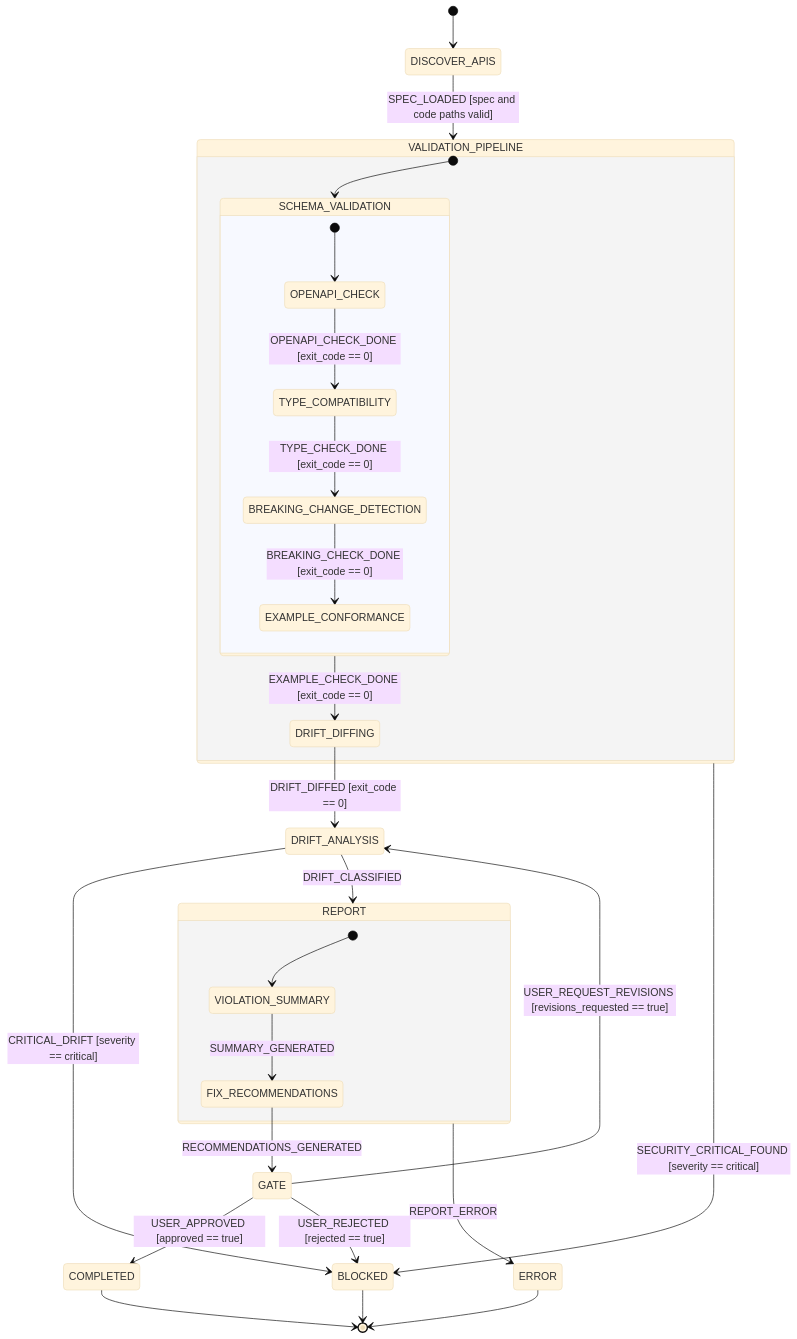
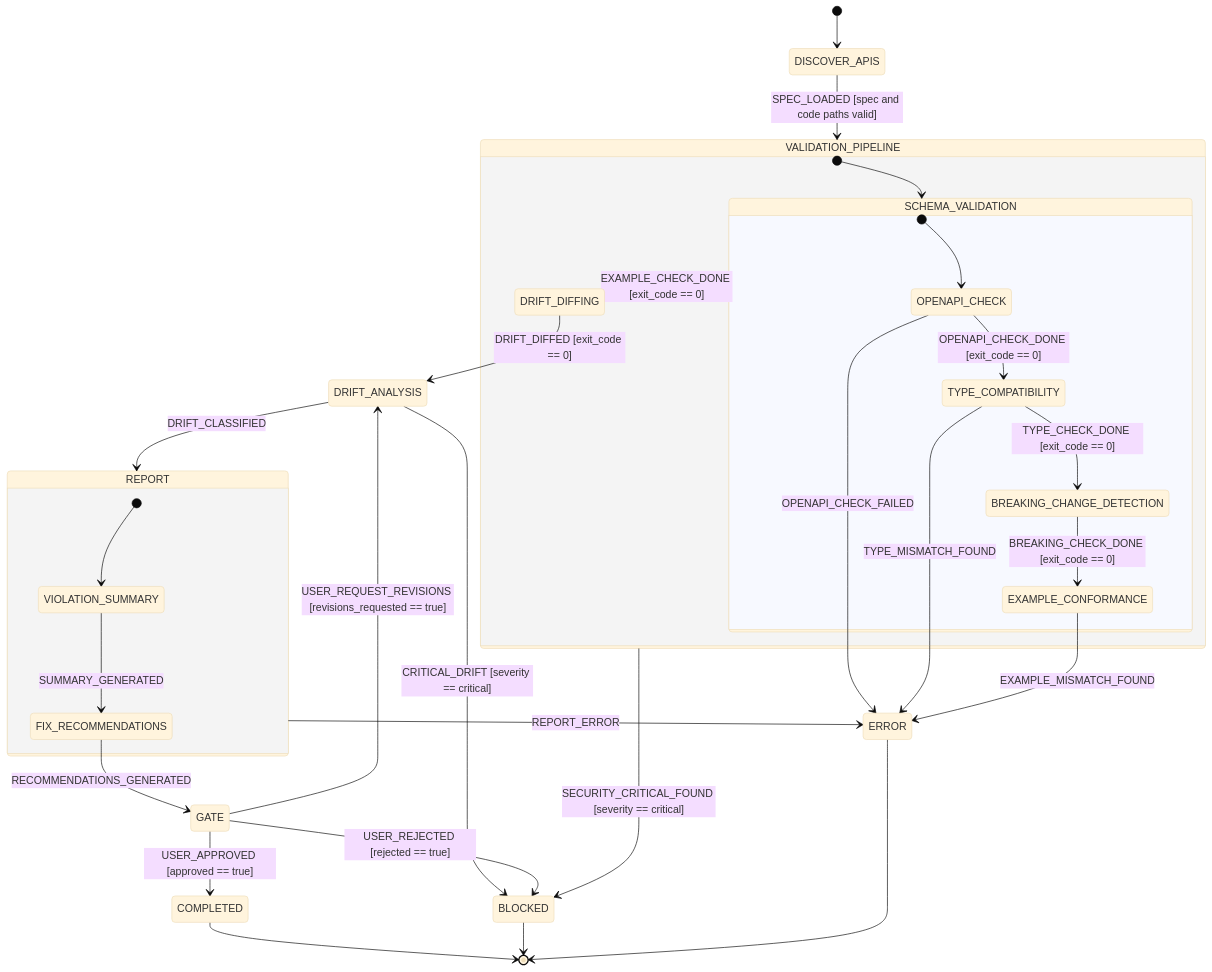
One commit to Reactive-Skills/skills changed the diagram in api-contract/STATECHART.md. Above: the diagram before and after it, drawn with Mermaid (base theme). The commit also changed 46 other files, not shown here.

````diff
--- a/api-contract/STATECHART.md
+++ b/api-contract/STATECHART.md
@@ -3,42 +3,46 @@
 ```mermaid
 stateDiagram-v2
     [*] --> DISCOVER_APIS
     DISCOVER_APIS --> VALIDATION_PIPELINE: SPEC_LOADED [spec and code paths valid]
 
     state VALIDATION_PIPELINE {
         [*] --> SCHEMA_VALIDATION
 
         state SCHEMA_VALIDATION {
             [*] --> OPENAPI_CHECK
             OPENAPI_CHECK --> TYPE_COMPATIBILITY: OPENAPI_CHECK_DONE [exit_code == 0]
             TYPE_COMPATIBILITY --> BREAKING_CHANGE_DETECTION: TYPE_CHECK_DONE [exit_code == 0]
             BREAKING_CHANGE_DETECTION --> EXAMPLE_CONFORMANCE: BREAKING_CHECK_DONE [exit_code == 0]
         }
 
         SCHEMA_VALIDATION --> DRIFT_DIFFING: EXAMPLE_CHECK_DONE [exit_code == 0]
     }
+
+    OPENAPI_CHECK --> ERROR: OPENAPI_CHECK_FAILED
+    TYPE_COMPATIBILITY --> ERROR: TYPE_MISMATCH_FOUND
+    EXAMPLE_CONFORMANCE --> ERROR: EXAMPLE_MISMATCH_FOUND
 
     %% External transitions from VALIDATION_PIPELINE
     VALIDATION_PIPELINE --> BLOCKED: SECURITY_CRITICAL_FOUND [severity == critical]
     DRIFT_DIFFING --> DRIFT_ANALYSIS: DRIFT_DIFFED [exit_code == 0]
 
     DRIFT_ANALYSIS --> REPORT: DRIFT_CLASSIFIED
     DRIFT_ANALYSIS --> BLOCKED: CRITICAL_DRIFT [severity == critical]
 
     state REPORT {
         [*] --> VIOLATION_SUMMARY
         VIOLATION_SUMMARY --> FIX_RECOMMENDATIONS: SUMMARY_GENERATED
     }
 
     %% External transitions from REPORT
     REPORT --> ERROR: REPORT_ERROR
     FIX_RECOMMENDATIONS --> GATE: RECOMMENDATIONS_GENERATED
 
     GATE --> COMPLETED: USER_APPROVED [approved == true]
     GATE --> DRIFT_ANALYSIS: USER_REQUEST_REVISIONS [revisions_requested == true]
     GATE --> BLOCKED: USER_REJECTED [rejected == true]
 
     COMPLETED --> [*]
     BLOCKED --> [*]
     ERROR --> [*]
 ```
````
